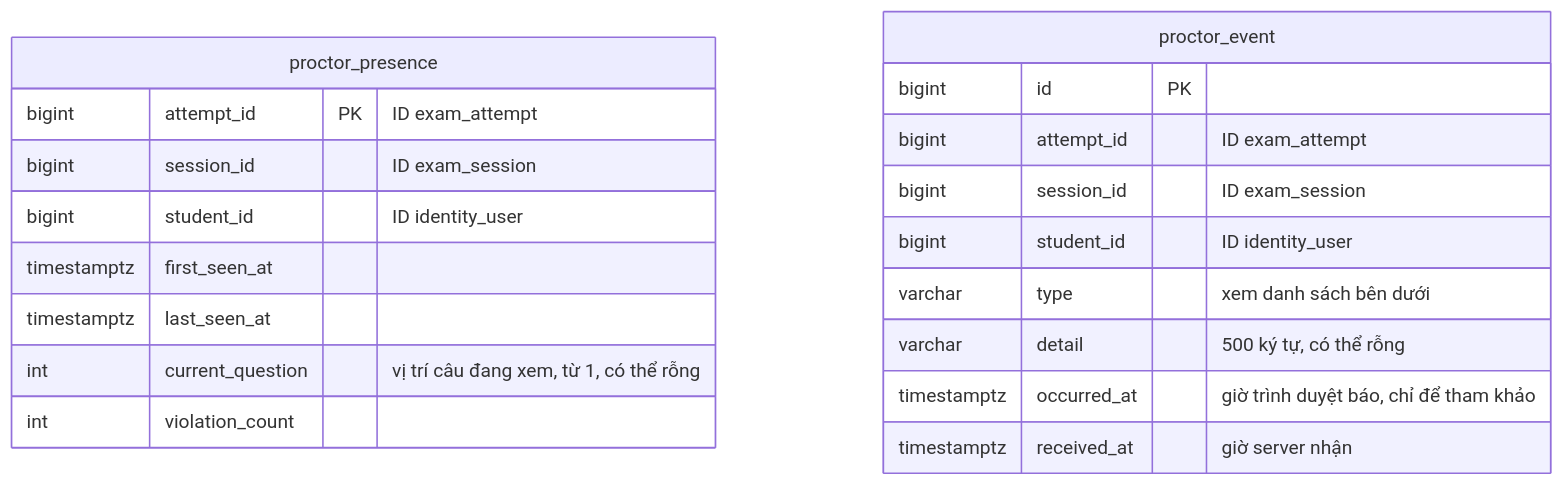
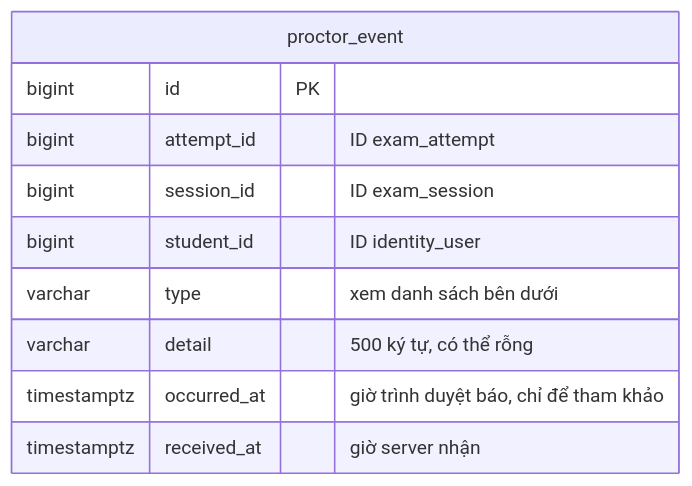
One commit to zindo511/Exam-Practice changed the fourth of 4 diagrams in docs/database.md. Above: the diagram before and after it, drawn with Mermaid. The commit also changed other lines of this file and 22 other files, not shown here.

First line of the commit message:
Bỏ heartbeat và bảng proctor_presence khỏi MVP

````diff
--- a/docs/database.md
+++ b/docs/database.md
@@ -164,22 +164,13 @@
 ```mermaid
 erDiagram
-    proctor_presence {
-        bigint attempt_id PK "ID exam_attempt"
-        bigint session_id "ID exam_session"
-        bigint student_id "ID identity_user"
-        timestamptz first_seen_at
-        timestamptz last_seen_at
-        int current_question "vị trí câu đang xem, từ 1, có thể rỗng"
-        int violation_count
-    }
     proctor_event {
         bigint id PK
         bigint attempt_id "ID exam_attempt"
         bigint session_id "ID exam_session"
         bigint student_id "ID identity_user"
         varchar type "xem danh sách bên dưới"
         varchar detail "500 ký tự, có thể rỗng"
         timestamptz occurred_at "giờ trình duyệt báo, chỉ để tham khảo"
         timestamptz received_at "giờ server nhận"
     }
 ```
````
